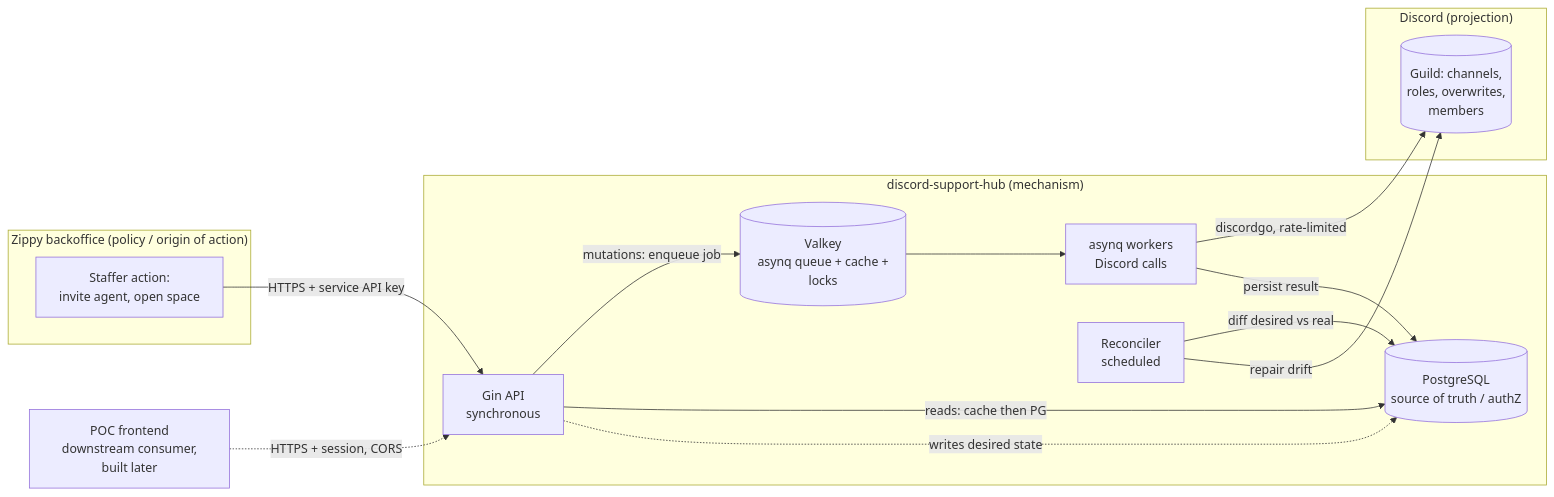
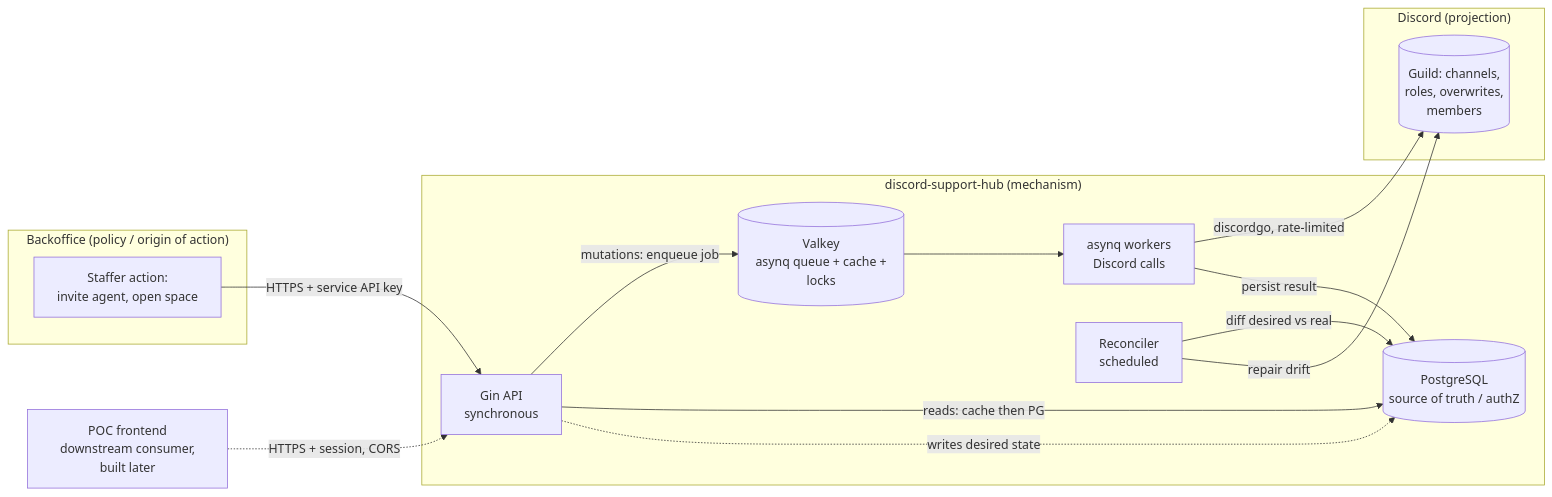
The first of 5 diagrams in docs/02-architecture.md (valianx/discord-support-hub), drawn with Mermaid before and after one commit. The commit also changed other lines of this file and 4 other files, not shown here.

````diff
--- a/docs/02-architecture.md
+++ b/docs/02-architecture.md
@@ -24,28 +24,28 @@
 ```mermaid
 flowchart LR
-  subgraph Zippy["Zippy backoffice (policy / origin of action)"]
+  subgraph Backoffice["Backoffice (policy / origin of action)"]
     BO[Staffer action:\n invite agent, open space]
   end
   subgraph Hub["discord-support-hub (mechanism)"]
     API[Gin API\n synchronous]
     Q[(Valkey\n asynq queue + cache + locks)]
     W[asynq workers\n Discord calls]
     PG[(PostgreSQL\n source of truth / authZ)]
     REC[Reconciler\n scheduled]
   end
   subgraph Discord["Discord (projection)"]
     DG[(Guild: channels,\n roles, overwrites,\n members)]
   end
   POC[POC frontend\n downstream consumer, built later]
 
   BO -->|HTTPS + service API key| API
   POC -.->|HTTPS + session, CORS| API
   API -->|mutations: enqueue job| Q
   API -->|reads: cache then PG| PG
   Q --> W
   W -->|discordgo, rate-limited| DG
   W -->|persist result| PG
   REC -->|diff desired vs real| PG
   REC -->|repair drift| DG
   API -. writes desired state .-> PG
 ```
````
